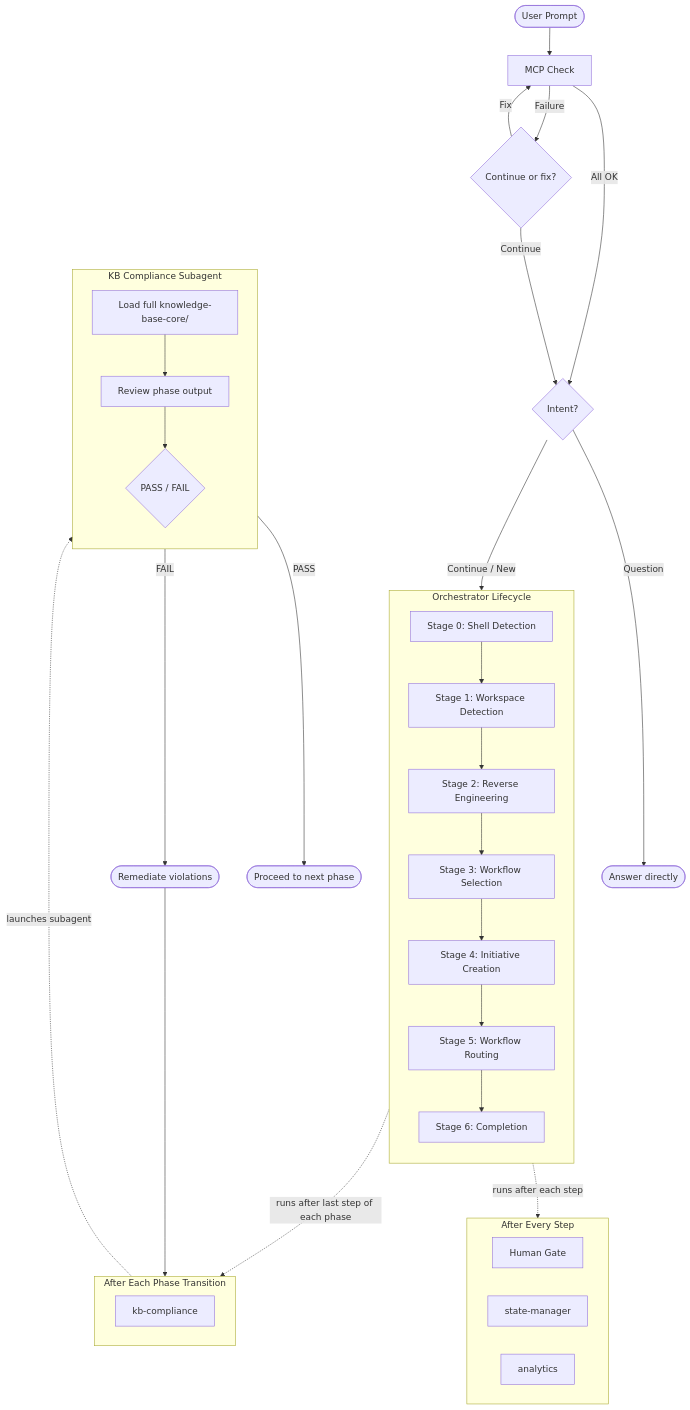
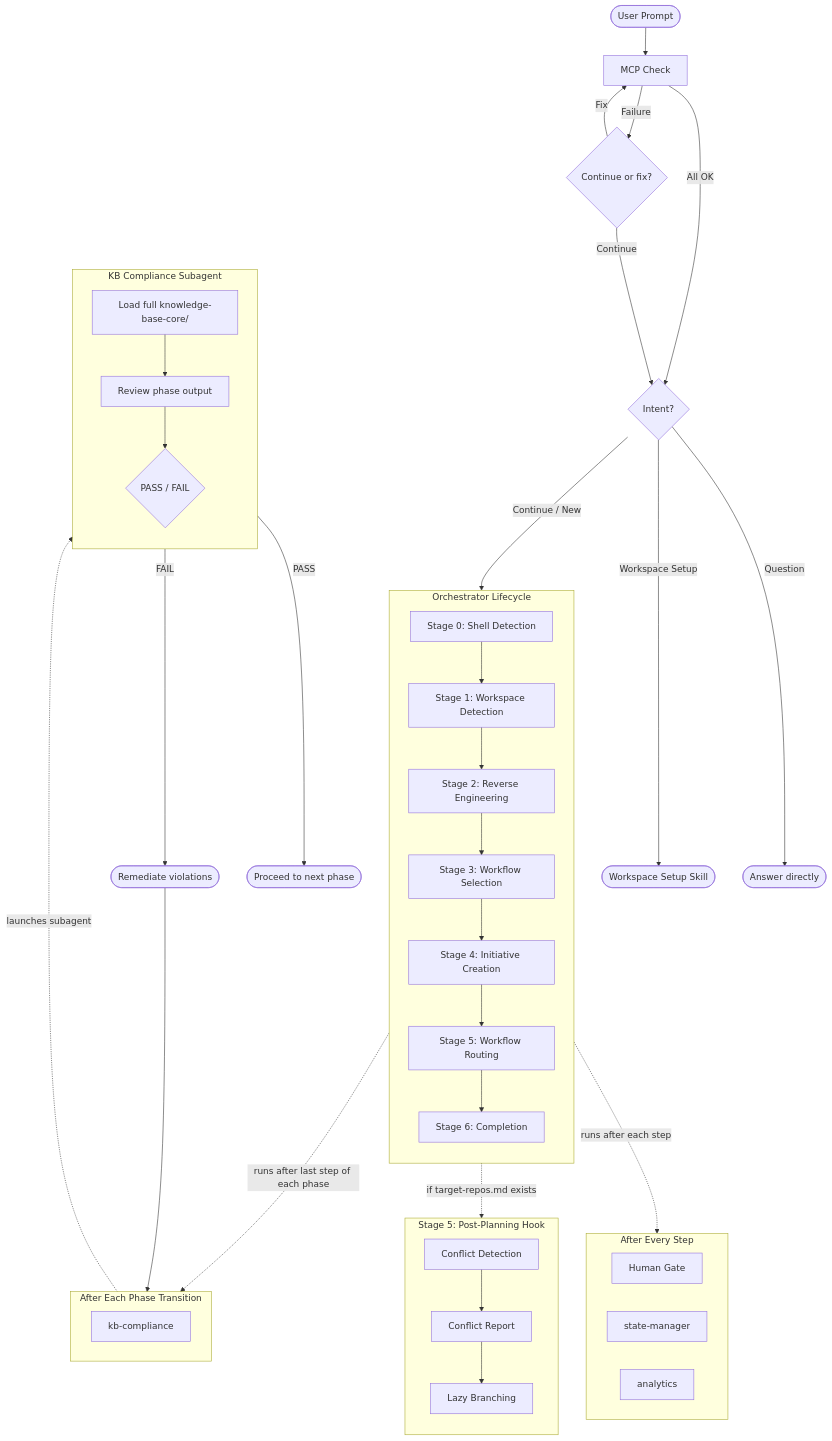
Before and after one commit to premkumarjanagarajan/fluid-flow-ai: the diagram in README.md, drawn with Mermaid. The commit also changed other lines of this file and 20 other files, not shown here.

First line of the commit message:
feat: implement Fluid Flow v1.0 — workspace mode, conflict detection, initiative workflow, context loading

````diff
--- a/README.md
+++ b/README.md
@@ -24,53 +39,63 @@
 ```mermaid
 flowchart TD
     Start([User Prompt]) --> MCP[MCP Check]
 
     MCP -- All OK --> Triage
     MCP -- Failure --> Fix{Continue or fix?}
     Fix -- Fix --> MCP
     Fix -- Continue --> Triage
 
     Triage{Intent?}
     Triage -- Question --> Answer([Answer directly])
+    Triage -- Workspace Setup --> WS([Workspace Setup Skill])
     Triage -- Continue / New --> Stages
 
     subgraph Stages ["Orchestrator Lifecycle"]
         direction TB
         S0[Stage 0: Shell Detection]
         S1[Stage 1: Workspace Detection]
         S2[Stage 2: Reverse Engineering]
         S3[Stage 3: Workflow Selection]
         S4[Stage 4: Initiative Creation]
         S5[Stage 5: Workflow Routing]
         S6[Stage 6: Completion]
 
         S0 --> S1 --> S2 --> S3 --> S4 --> S5 --> S6
     end
 
     subgraph PostStep ["After Every Step"]
         direction LR
         HG[Human Gate]
         SM[state-manager]
         AN[analytics]
     end
 
     subgraph PostPhase ["After Each Phase Transition"]
         direction LR
         KB[kb-compliance]
     end
 
+    subgraph ConflictCheck ["Stage 5: Post-Planning Hook"]
+        direction TB
+        CD[Conflict Detection]
+        CR[Conflict Report]
+        LB[Lazy Branching]
+        CD --> CR --> LB
+    end
+
     Stages -. "runs after each step" .-> PostStep
     Stages -. "runs after last step of each phase" .-> PostPhase
+    S5 -. "if target-repos.md exists" .-> ConflictCheck
 
     subgraph KBCheck ["KB Compliance Subagent"]
         direction TB
         LoadKB["Load full knowledge-base-core/"]
         Review["Review phase output"]
         Verdict{"PASS / FAIL"}
         LoadKB --> Review --> Verdict
     end
 
     KB -. "launches subagent" .-> KBCheck
     Verdict -- PASS --> Continue([Proceed to next phase])
     Verdict -- FAIL --> Remediate([Remediate violations]) --> KB
 ```
````
